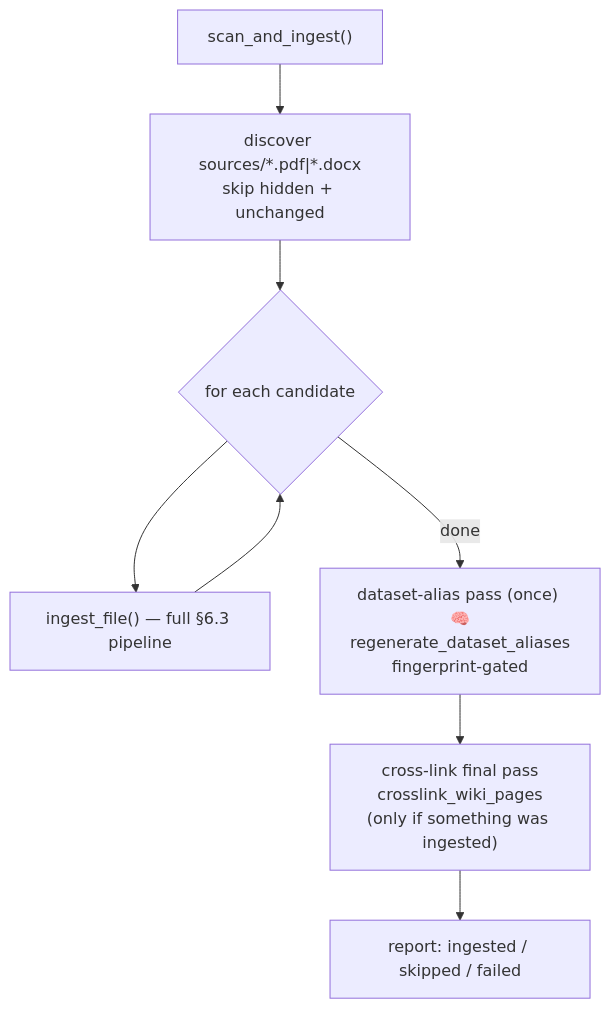
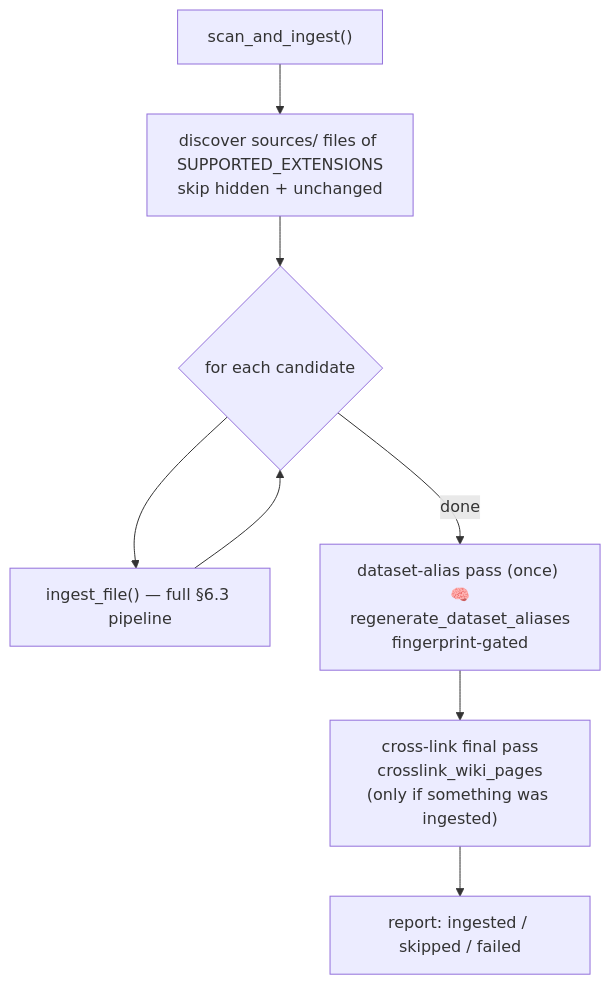
One commit to Clod/llmwiki-marimo changed the diagram in docs/manual/workflows/6.5-scan-sources.md. Above: the diagram before and after it, drawn with Mermaid. The commit also changed other lines of this file and 181 other files, not shown here.

````diff
--- a/docs/manual/workflows/6.5-scan-sources.md
+++ b/docs/manual/workflows/6.5-scan-sources.md
@@ -7,10 +7,10 @@
 ```mermaid
 flowchart TD
-    S["scan_and_ingest()"] --> D["discover sources/*.pdf|*.docx<br/>skip hidden + unchanged"]
+    S["scan_and_ingest()"] --> D["discover sources/ files of SUPPORTED_EXTENSIONS<br/>skip hidden + unchanged"]
     D --> LP{"for each candidate"}
     LP --> I["ingest_file() — full §6.3 pipeline"]
     I --> LP
     LP -->|done| DA["dataset-alias pass (once) 🧠<br/>regenerate_dataset_aliases<br/>fingerprint-gated"]
     DA --> CL["cross-link final pass<br/>crosslink_wiki_pages<br/>(only if something was ingested)"]
     CL --> R["report: ingested / skipped / failed"]
 ```
````
